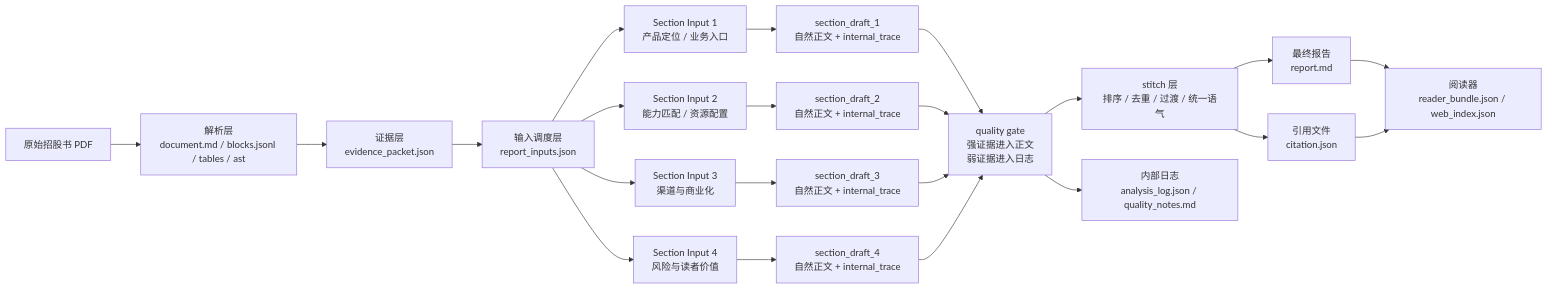
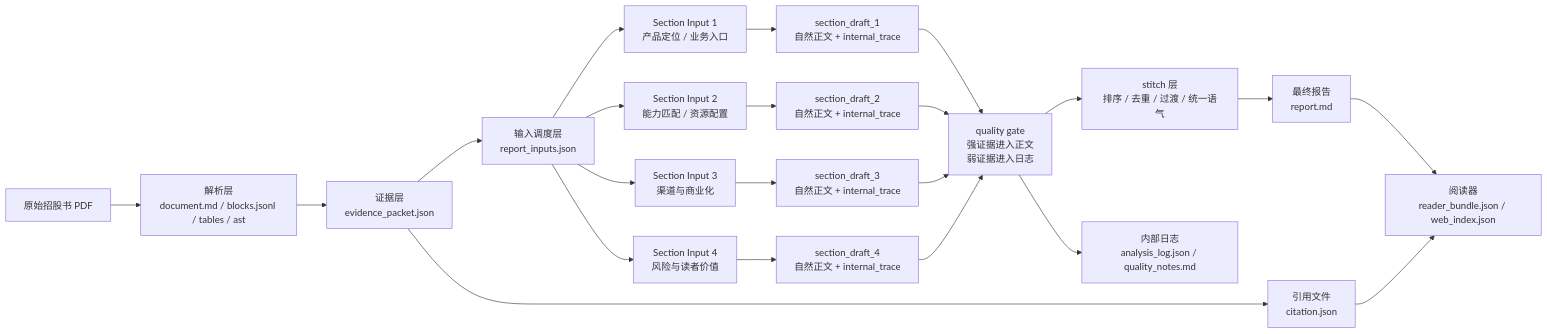
One commit to Pluto-Mo/first-signal changed the diagram in docs/report_generation_architecture.md. Above: the diagram before and after it, drawn with Mermaid. The commit also changed other lines of this file and 2 other files, not shown here.

Commit message:
docs: refine report generation architecture

````diff
--- a/docs/report_generation_architecture.md
+++ b/docs/report_generation_architecture.md
@@ -74,29 +74,29 @@
 ```mermaid
 flowchart LR
   A["原始招股书 PDF"] --> B["解析层<br/>document.md / blocks.jsonl / tables / ast"]
   B --> C["证据层<br/>evidence_packet.json"]
   C --> D["输入调度层<br/>report_inputs.json"]
 
   D --> E1["Section Input 1<br/>产品定位 / 业务入口"]
   D --> E2["Section Input 2<br/>能力匹配 / 资源配置"]
   D --> E3["Section Input 3<br/>渠道与商业化"]
   D --> E4["Section Input 4<br/>风险与读者价值"]
 
   E1 --> F1["section_draft_1<br/>自然正文 + internal_trace"]
   E2 --> F2["section_draft_2<br/>自然正文 + internal_trace"]
   E3 --> F3["section_draft_3<br/>自然正文 + internal_trace"]
   E4 --> F4["section_draft_4<br/>自然正文 + internal_trace"]
 
   F1 --> G["quality gate<br/>强证据进入正文<br/>弱证据进入日志"]
   F2 --> G
   F3 --> G
   F4 --> G
 
+  C --> J["引用文件<br/>citation.json"]
   G --> H["stitch 层<br/>排序 / 去重 / 过渡 / 统一语气"]
   H --> I["最终报告<br/>report.md"]
-  H --> J["引用文件<br/>citation.json"]
   G --> K["内部日志<br/>analysis_log.json / quality_notes.md"]
 
   I --> L["阅读器<br/>reader_bundle.json / web_index.json"]
   J --> L
 ```
````
